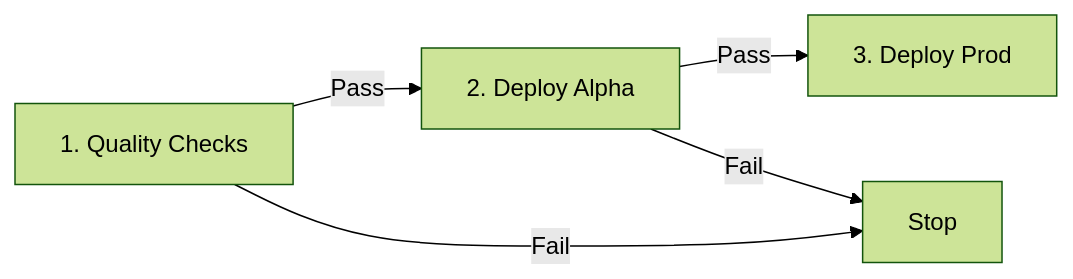
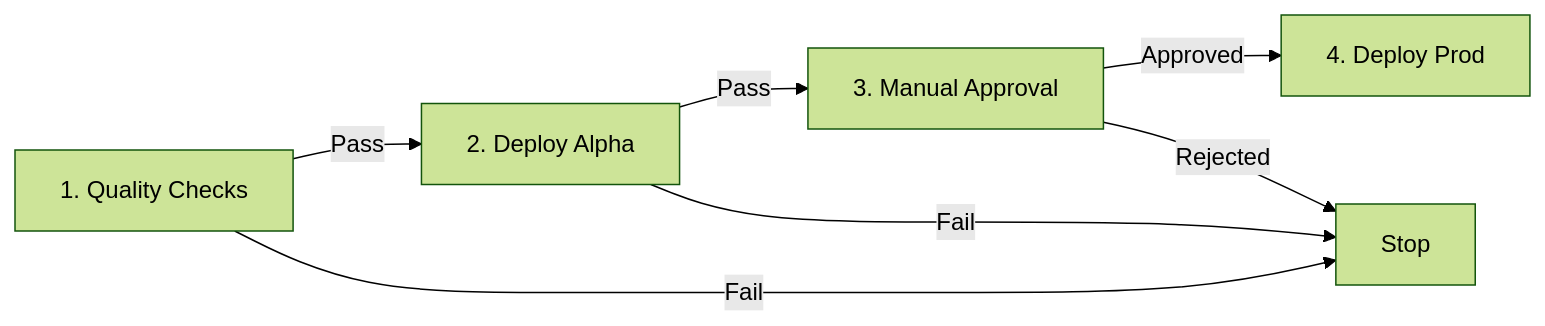
One commit to Aadil221/EPAFinalProject changed the second of 4 diagrams in docs/PIPELINE.md. Above: the diagram before and after it, drawn with Mermaid (forest theme). The commit also changed other lines of this file, not shown here.

Commit message:
docs: add manual approval gate before Prod deployment in pipeline diagrams

````diff
--- a/docs/PIPELINE.md
+++ b/docs/PIPELINE.md
@@ -27,7 +27,9 @@
 ```mermaid
 graph LR
     A[1. Quality Checks] -->|Pass| B[2. Deploy Alpha]
-    B -->|Pass| C[3. Deploy Prod]
+    B -->|Pass| C[3. Manual Approval]
+    C -->|Approved| D[4. Deploy Prod]
     A -->|Fail| X[Stop]
     B -->|Fail| X
+    C -->|Rejected| X
 ```
````
